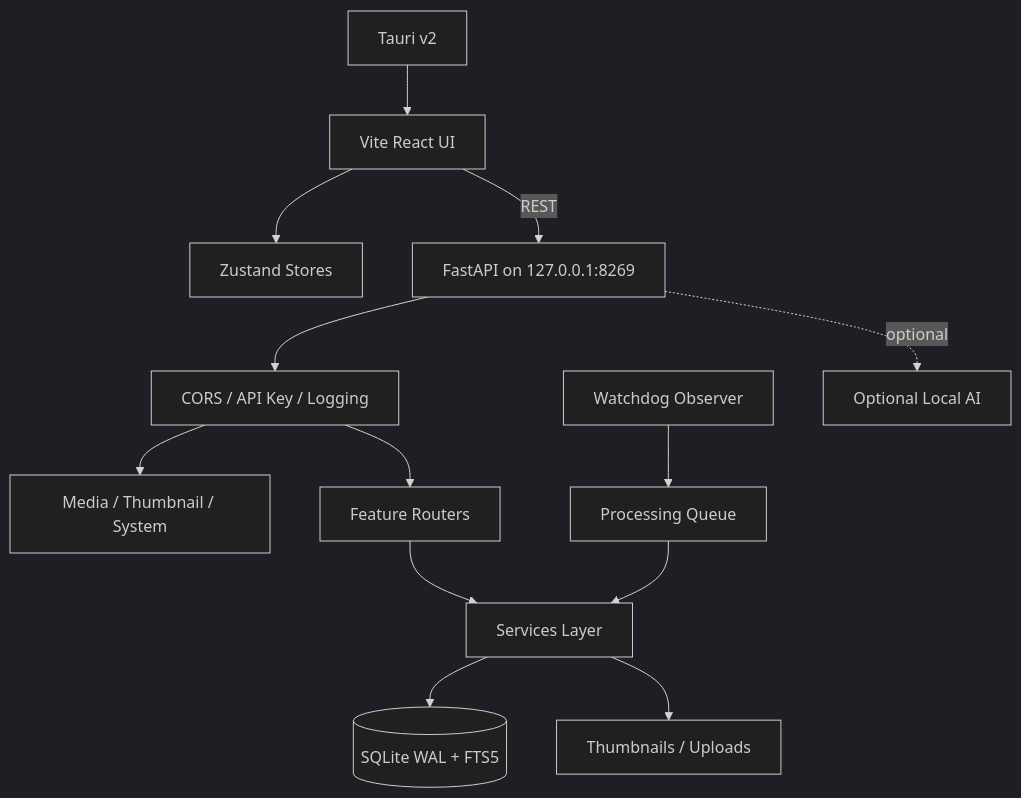
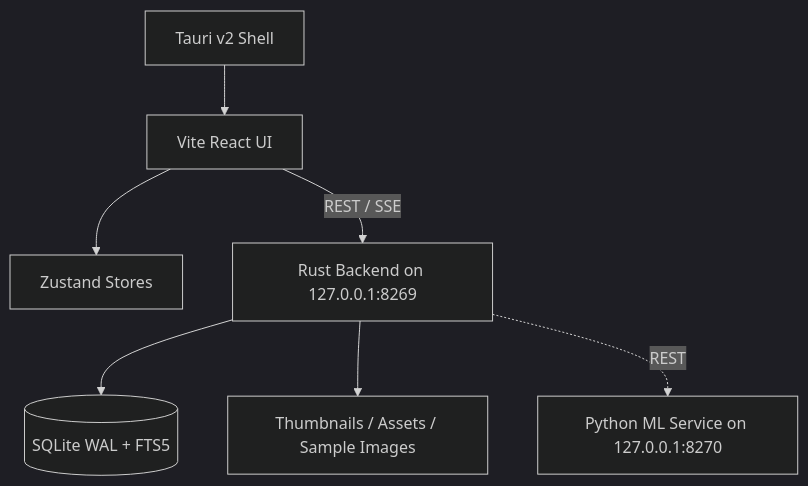
One commit to VardhmanSurana/Prism changed the diagram in README.md. Above: the diagram before and after it, drawn with Mermaid (dark theme). The commit also changed other lines of this file and 237 other files, not shown here.

Commit message:
feat: Universal UUID architecture across photos, albums, projects, people, & agent chat; decompose photos module; externalize python backend

````diff
--- a/README.md
+++ b/README.md
@@ -126,15 +109,9 @@
 ```mermaid
 graph TD
-    Tauri[Tauri v2] --> React[Vite React UI]
+    Tauri[Tauri v2 Shell] --> React[Vite React UI]
     React --> Zustand[Zustand Stores]
-    React -->|REST| FastAPI[FastAPI on 127.0.0.1:8269]
-    FastAPI --> Middleware[CORS / API Key / Logging]
-    Middleware --> Routes[Media / Thumbnail / System]
-    Middleware --> APIRouters[Feature Routers]
-    APIRouters --> Services[Services Layer]
-    Services --> DB[(SQLite WAL + FTS5)]
-    Services --> Storage[Thumbnails / Uploads]
-    Watchdog[Watchdog Observer] --> Queue[Processing Queue]
-    Queue --> Services
-    FastAPI -. optional .-> AI[Optional Local AI]
+    React -->|REST / SSE| Axum[Rust Backend on 127.0.0.1:8269]
+    Axum --> SQLx[(SQLite WAL + FTS5)]
+    Axum --> Storage[Thumbnails / Assets / Sample Images]
+    Axum -. REST .-> PyML[Python ML Service on 127.0.0.1:8270]
 ```
````
